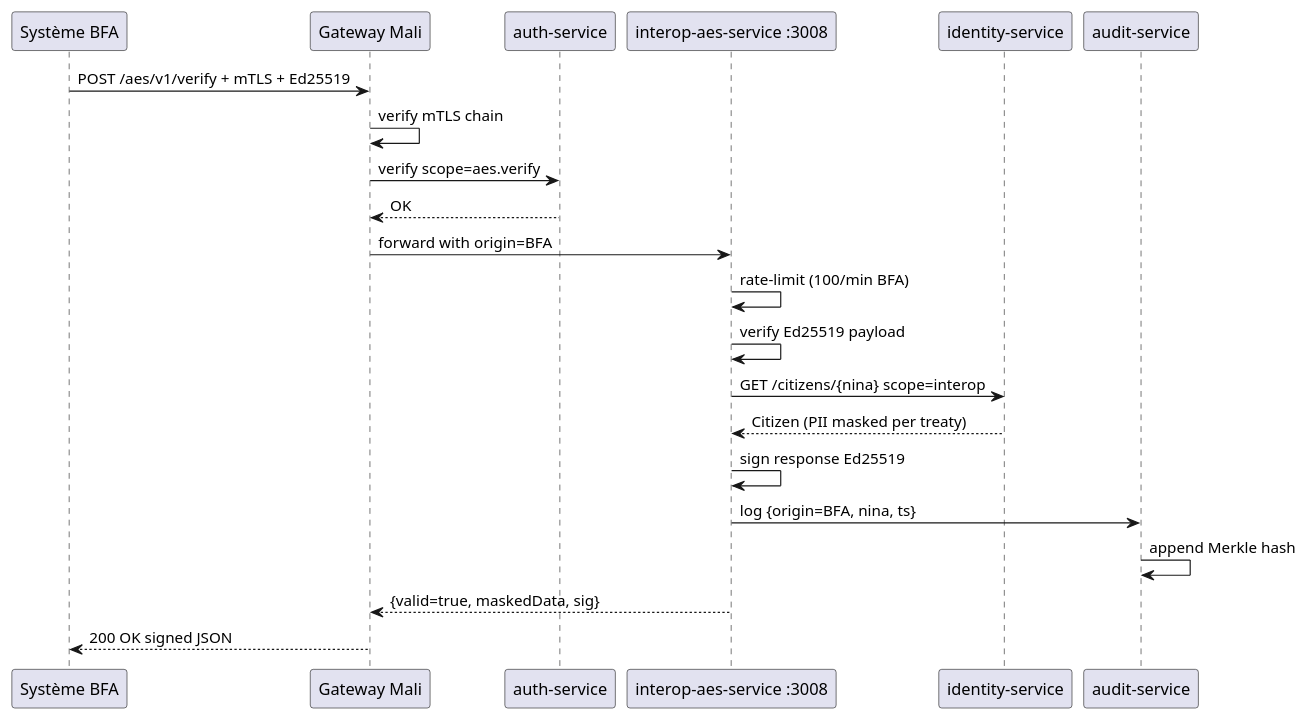
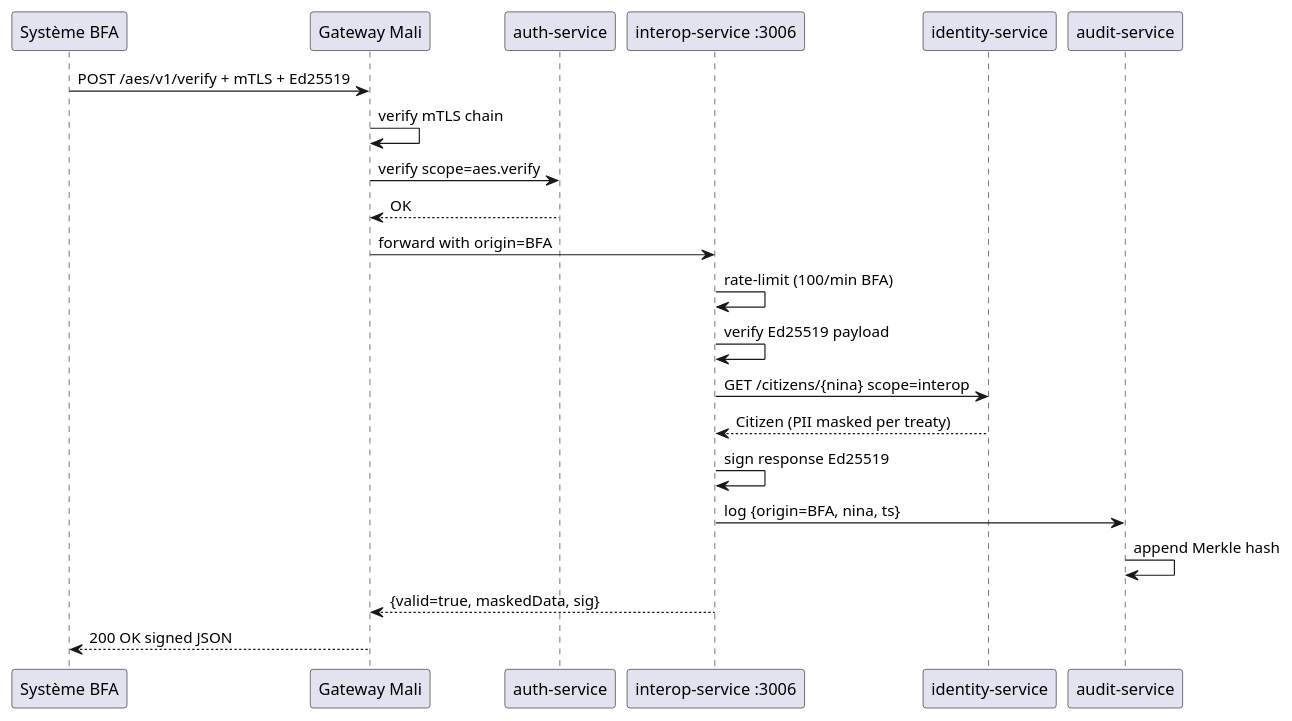
One commit to TheManInPink/Session-Ete-2026 changed diagram 28 of 40 in docs/diagrams/99-DIAGRAMMES-PLANTUML.md. Above: the diagram before and after it, drawn with PlantUML. The commit also changed other lines of this file and 1 other file, not shown here.

First line of the commit message:
docs: redessiner le diagramme d architecture globale sur l inventaire réel (14 services)

````diff
--- a/docs/diagrams/99-DIAGRAMMES-PLANTUML.md
+++ b/docs/diagrams/99-DIAGRAMMES-PLANTUML.md
@@ -1319,25 +1325,25 @@
 ```plantuml
 @startuml
 participant "Système BFA" as BFA
 participant "Gateway Mali" as GwM
 participant "auth-service" as Auth
-participant "interop-aes-service :3008" as Int
+participant "interop-service :3006" as Int
 participant "identity-service" as Iden
 participant "audit-service" as Aud
 
 BFA -> GwM : POST /aes/v1/verify + mTLS + Ed25519
 GwM -> GwM : verify mTLS chain
 GwM -> Auth : verify scope=aes.verify
 Auth --> GwM : OK
 GwM -> Int : forward with origin=BFA
 Int -> Int : rate-limit (100/min BFA)
 Int -> Int : verify Ed25519 payload
 Int -> Iden : GET /citizens/{nina} scope=interop
 Iden --> Int : Citizen (PII masked per treaty)
 Int -> Int : sign response Ed25519
 Int -> Aud : log {origin=BFA, nina, ts}
 Aud -> Aud : append Merkle hash
 Int --> GwM : {valid=true, maskedData, sig}
 GwM --> BFA : 200 OK signed JSON
 @enduml
 ```
````
